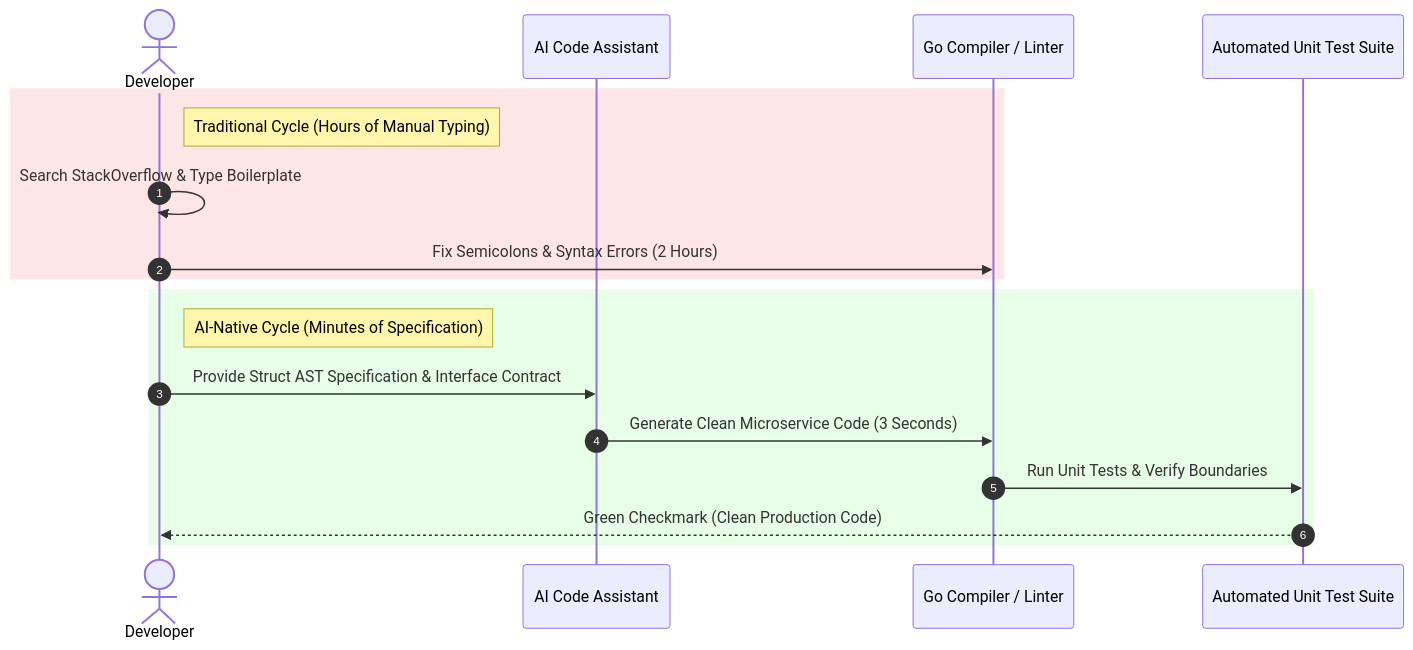
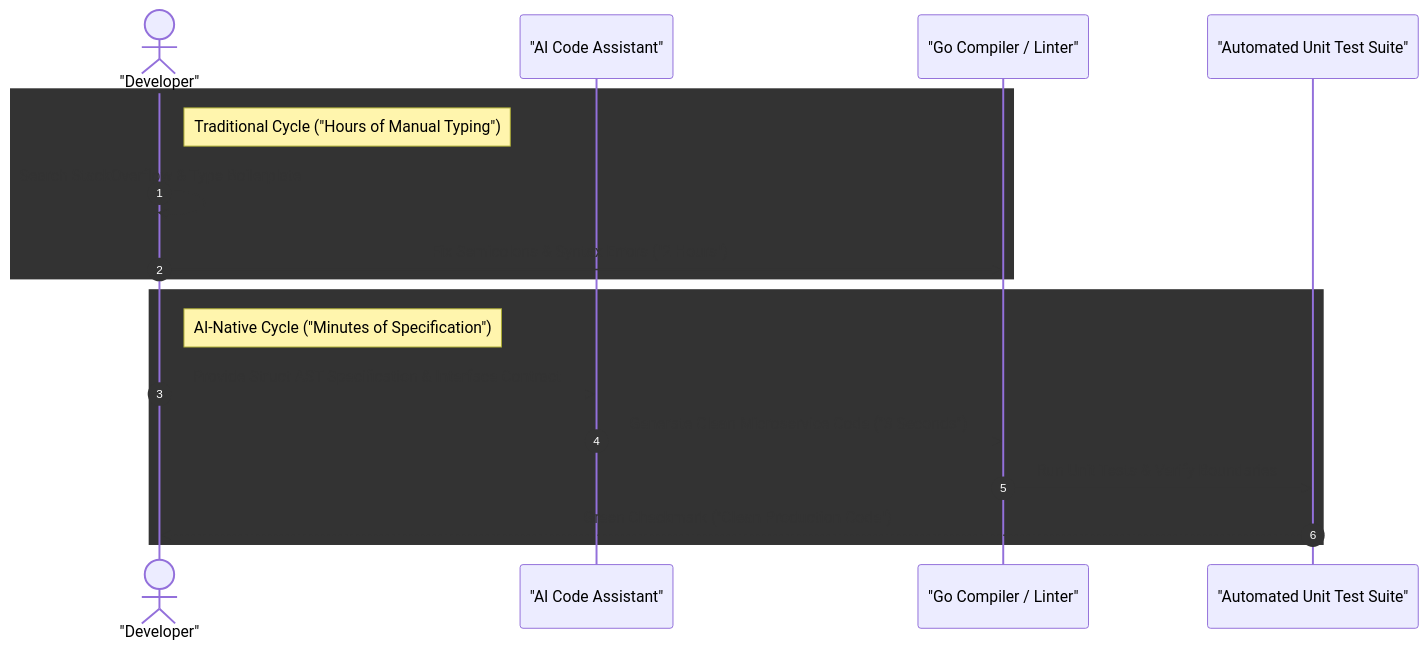
Before and after one commit to vesviet/vesviet: the diagram in content/series/ai-driven-engineer/part-1-the-death-of-code-typists.md, drawn with Mermaid. The commit also changed other lines of this file and 331 other files, not shown here.

````diff
--- a/content/series/ai-driven-engineer/part-1-the-death-of-code-typists.md
+++ b/content/series/ai-driven-engineer/part-1-the-death-of-code-typists.md
@@ -39,22 +42,22 @@
 ```mermaid
 sequenceDiagram
     autonumber
-    actor Dev as Developer
-    participant LLM as AI Code Assistant
-    participant Compiler as Go Compiler / Linter
-    participant Test as Automated Unit Test Suite
+    actor Dev as "Developer"
+    participant LLM as "AI Code Assistant"
+    participant Compiler as "Go Compiler / Linter"
+    participant Test as "Automated Unit Test Suite"
 
-    rect rgb(255, 230, 230)
-    note right of Dev: Traditional Cycle (Hours of Manual Typing)
+    rect rgb("255, 230, 230")
+    note right of Dev: Traditional Cycle ("Hours of Manual Typing")
     Dev->>Dev: Search StackOverflow & Type Boilerplate
-    Dev->>Compiler: Fix Semicolons & Syntax Errors (2 Hours)
+    Dev->>Compiler: Fix Semicolons & Syntax Errors ("2 Hours")
     end
 
-    rect rgb(230, 255, 230)
-    note right of Dev: AI-Native Cycle (Minutes of Specification)
+    rect rgb("230, 255, 230")
+    note right of Dev: AI-Native Cycle ("Minutes of Specification")
     Dev->>LLM: Provide Struct AST Specification & Interface Contract
-    LLM->>Compiler: Generate Clean Microservice Code (3 Seconds)
+    LLM->>Compiler: Generate Clean Microservice Code ("3 Seconds")
     Compiler->>Test: Run Unit Tests & Verify Boundaries
-    Test-->>Dev: Green Checkmark (Clean Production Code)
+    Test-->>Dev: Green Checkmark ("Clean Production Code")
     end
 ```
````
